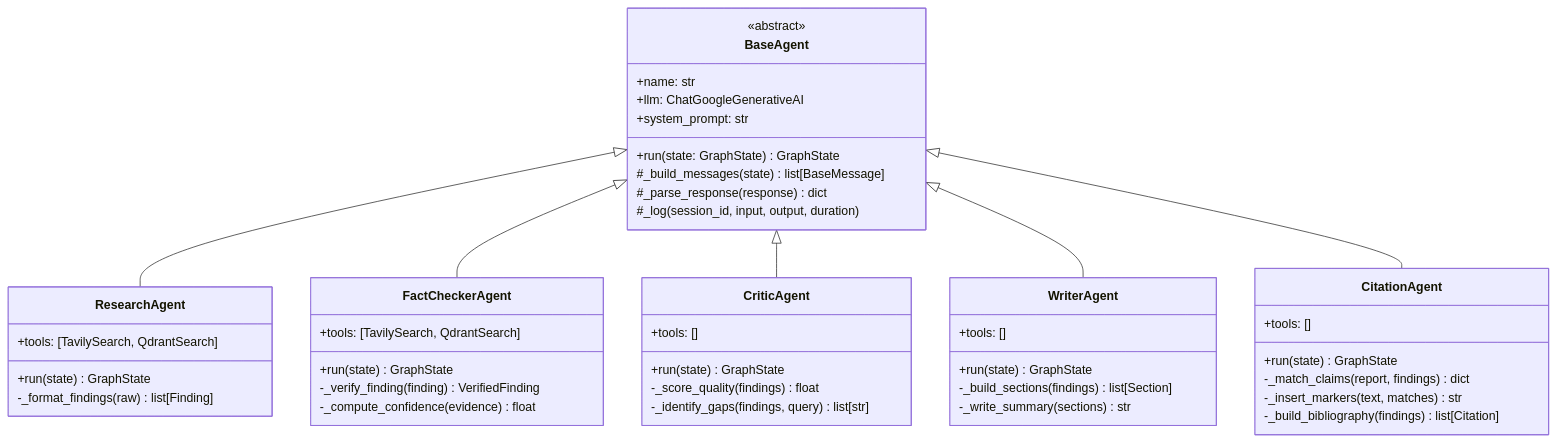
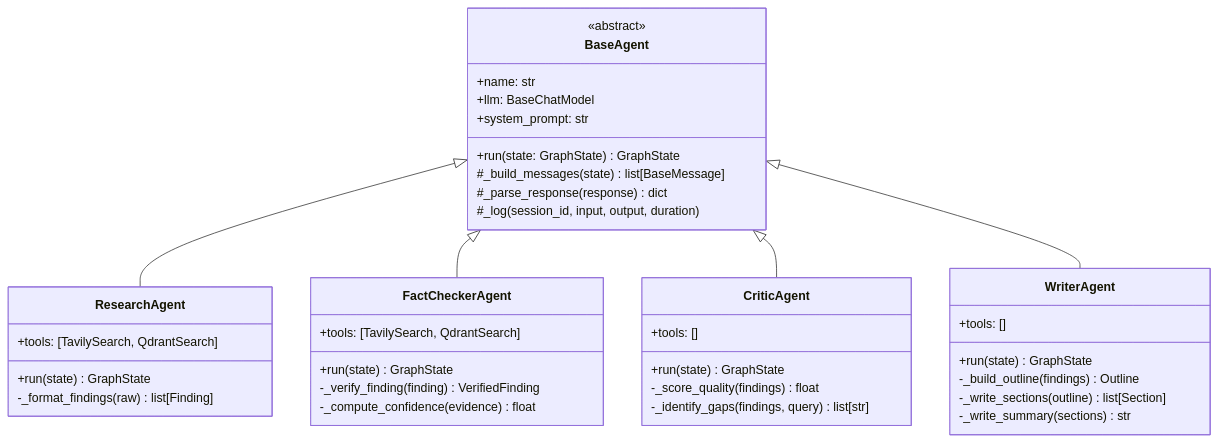
One commit to ShantanuRamavat/LitReviewer changed the eighth of 29 diagrams in docs/system-design.md. Above: the diagram before and after it, drawn with Mermaid. The commit also changed other lines of this file, not shown here.

````diff
--- a/docs/system-design.md
+++ b/docs/system-design.md
@@ -394,54 +392,46 @@
 ```mermaid
 classDiagram
     class BaseAgent {
         <<abstract>>
         +name: str
-        +llm: ChatGoogleGenerativeAI
+        +llm: BaseChatModel
         +system_prompt: str
         +run(state: GraphState) GraphState
         #_build_messages(state) list[BaseMessage]
         #_parse_response(response) dict
         #_log(session_id, input, output, duration)
     }
 
     class ResearchAgent {
         +tools: [TavilySearch, QdrantSearch]
         +run(state) GraphState
         -_format_findings(raw) list[Finding]
     }
 
     class FactCheckerAgent {
         +tools: [TavilySearch, QdrantSearch]
         +run(state) GraphState
         -_verify_finding(finding) VerifiedFinding
         -_compute_confidence(evidence) float
     }
 
     class CriticAgent {
         +tools: []
         +run(state) GraphState
         -_score_quality(findings) float
         -_identify_gaps(findings, query) list[str]
     }
 
     class WriterAgent {
         +tools: []
         +run(state) GraphState
-        -_build_sections(findings) list[Section]
+        -_build_outline(findings) Outline
+        -_write_sections(outline) list[Section]
         -_write_summary(sections) str
-    }
-
-    class CitationAgent {
-        +tools: []
-        +run(state) GraphState
-        -_match_claims(report, findings) dict
-        -_insert_markers(text, matches) str
-        -_build_bibliography(findings) list[Citation]
     }
 
     BaseAgent <|-- ResearchAgent
     BaseAgent <|-- FactCheckerAgent
     BaseAgent <|-- CriticAgent
     BaseAgent <|-- WriterAgent
-    BaseAgent <|-- CitationAgent
 ```
````
